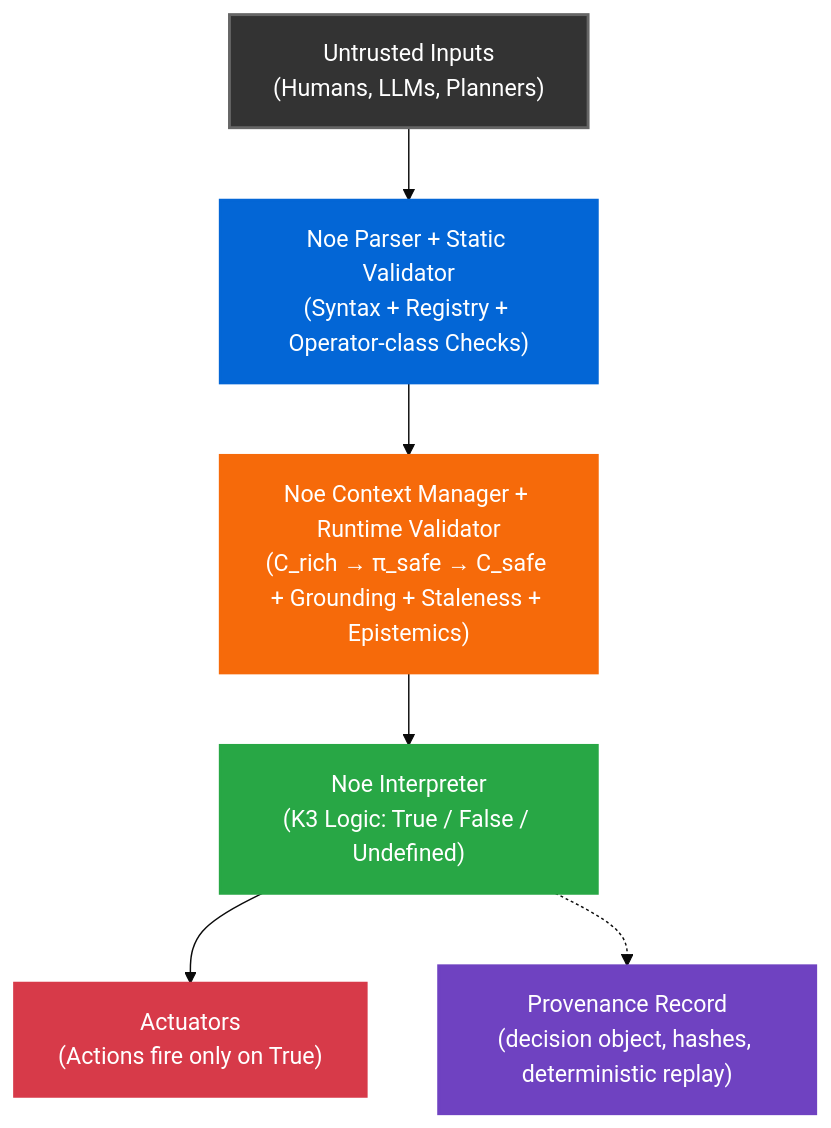
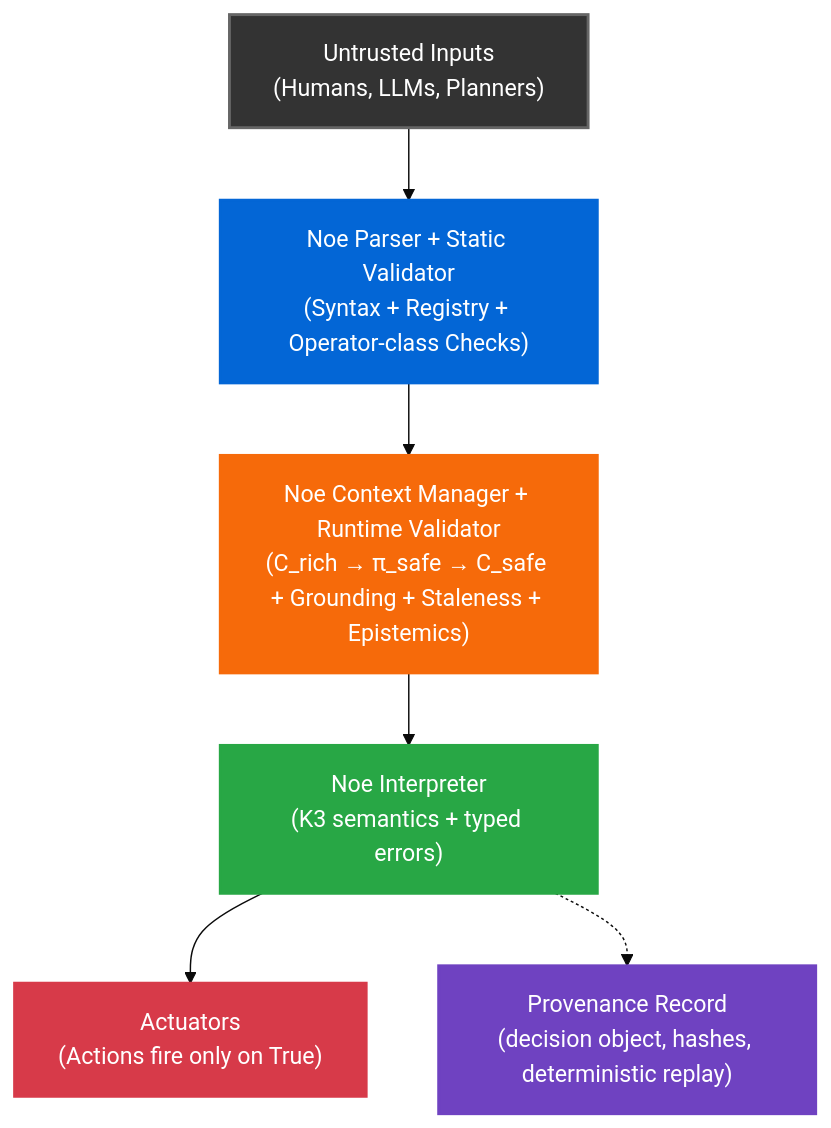
Before and after one commit to noe-protocol/noe: the diagram in README.md, drawn with Mermaid (base theme). The commit also changed other lines of this file, not shown here.

````diff
--- a/README.md
+++ b/README.md
@@ -148,15 +250,15 @@
 ```mermaid
 flowchart TD
     A["Untrusted Inputs<br/>(Humans, LLMs, Planners)"] --> B["Noe Parser + Static Validator<br/>(Syntax + Registry + Operator-class Checks)"]
     B --> C["Noe Context Manager + Runtime Validator<br/>(C_rich → π_safe → C_safe + Grounding + Staleness + Epistemics)"]
-    C --> D["Noe Interpreter<br/>(K3 Logic: True / False / Undefined)"]
+    C --> D["Noe Interpreter<br/>(K3 semantics + typed errors)"]
     D --> E["Actuators<br/>(Actions fire only on True)"]
     D -.-> F["Provenance Record<br/>(decision object, hashes, deterministic replay)"]
     
     style A fill:#333,stroke:#666,stroke-width:2px,color:#fff
     style B fill:#0366d6,stroke:#0366d6,stroke-width:2px,color:#fff
     style C fill:#f66a0a,stroke:#f66a0a,stroke-width:2px,color:#fff
     style D fill:#28a745,stroke:#28a745,stroke-width:2px,color:#fff
     style E fill:#d73a49,stroke:#d73a49,stroke-width:2px,color:#fff
     style F fill:#6f42c1,stroke:#6f42c1,stroke-width:2px,color:#fff
 ```
````
